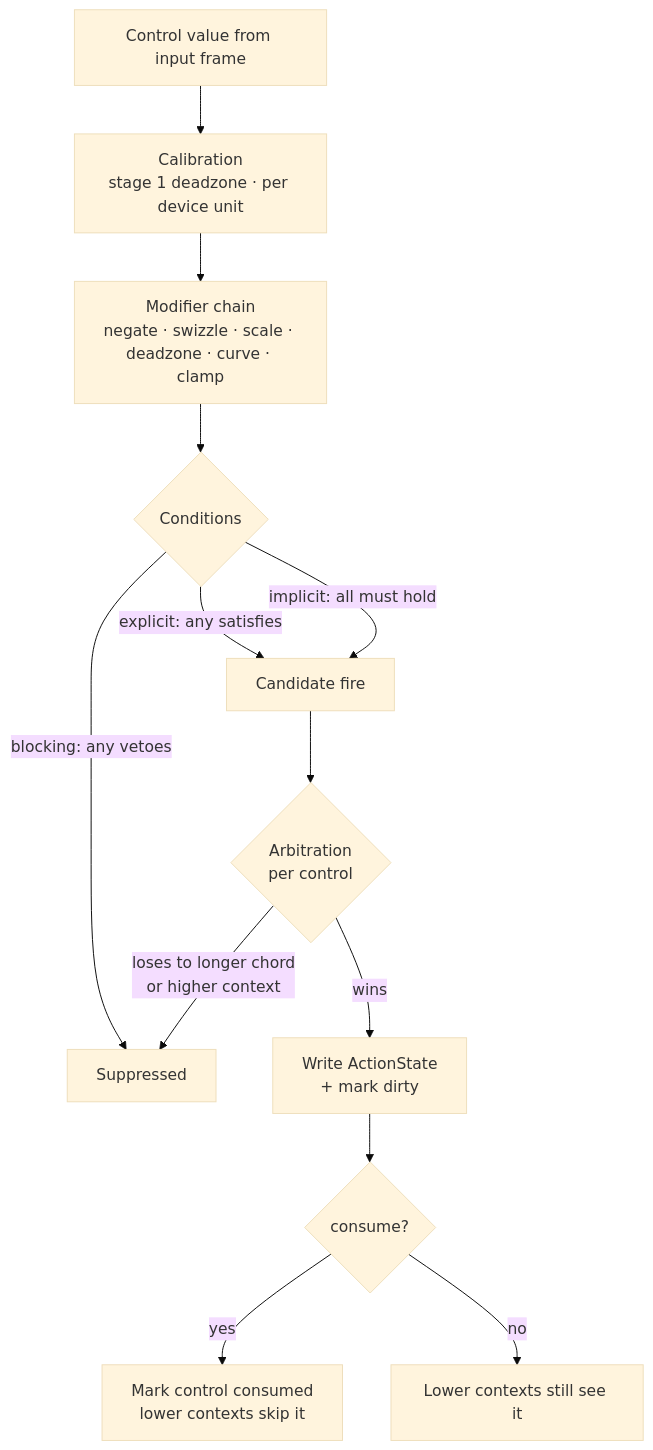
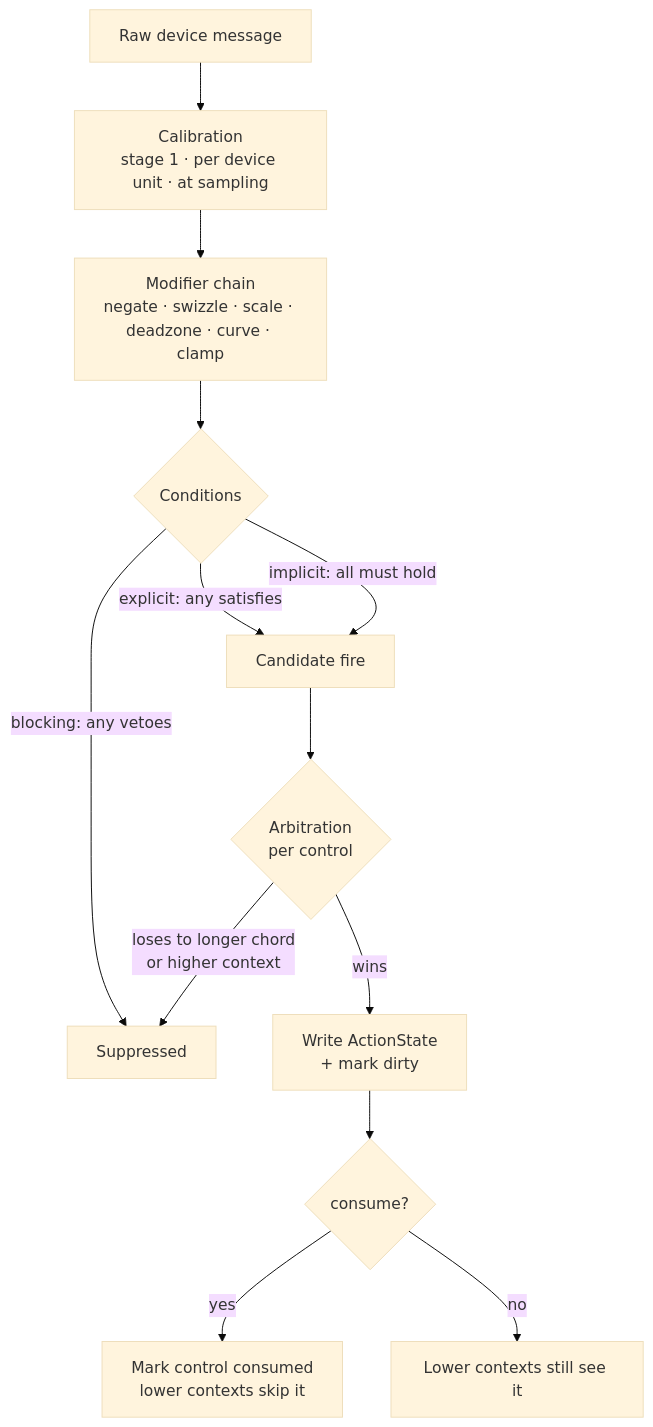
Before and after one commit to viridia/bevy_action_map: the third of 3 diagrams in Design.md, drawn with Mermaid (base theme). The commit also changed other lines of this file and 9 other files, not shown here.

````diff
--- a/Design.md
+++ b/Design.md
@@ -274,15 +274,15 @@
 ```mermaid
 flowchart TD
-    A[Control value from input frame] --> B[Calibration<br/>stage 1 deadzone · per device unit]
+    A[Raw device message] --> B[Calibration<br/>stage 1 · per device unit · at sampling]
     B --> C[Modifier chain<br/>negate · swizzle · scale · deadzone · curve · clamp]
     C --> D{Conditions}
     D -->|explicit: any satisfies| E[Candidate fire]
     D -->|implicit: all must hold| E
     D -->|blocking: any vetoes| X[Suppressed]
     E --> F{Arbitration<br/>per control}
     F -->|wins| G[Write ActionState<br/>+ mark dirty]
     F -->|loses to longer chord<br/>or higher context| X
     G --> H{consume?}
     H -->|yes| I[Mark control consumed<br/>lower contexts skip it]
     H -->|no| J[Lower contexts still see it]
 ```
````
